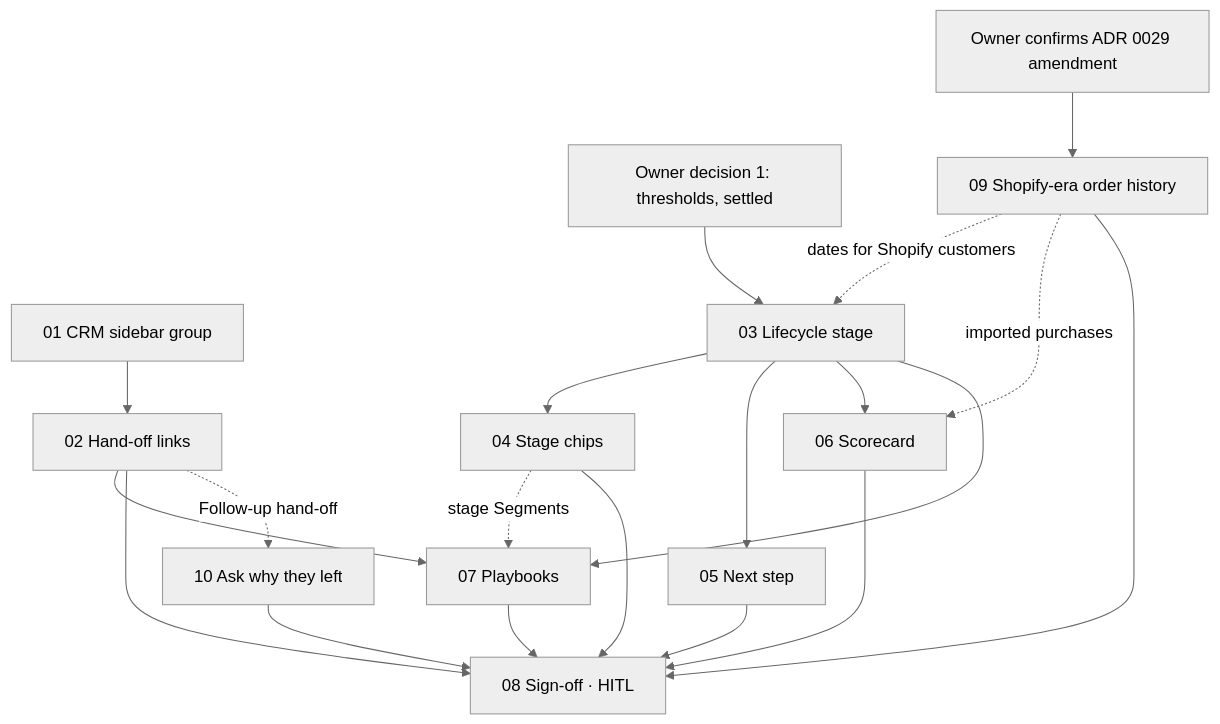
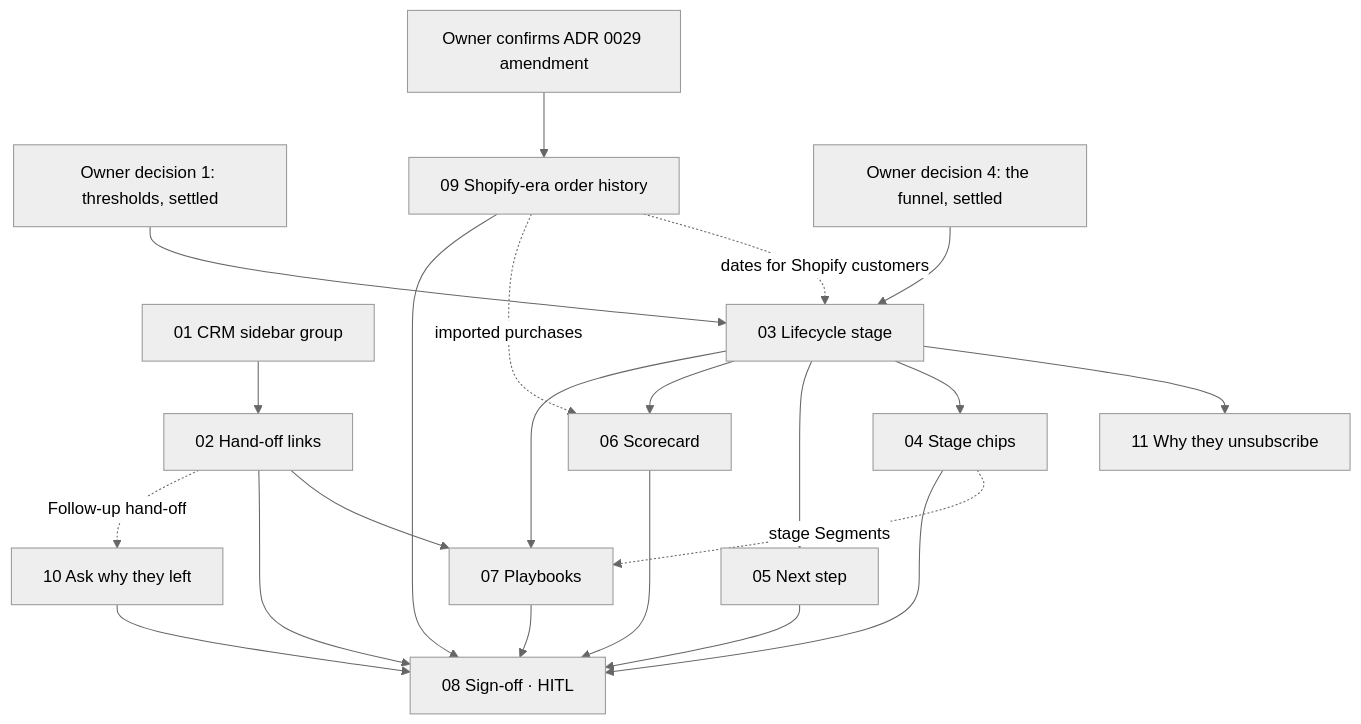
The diagram in .claude/PRD-crm-retention-loop/issues/README.md (ivanyeors/mp), drawn with Mermaid (neutral theme) before and after one commit. The commit also changed other lines of this file and 15 other files, not shown here.

````diff
--- a/.claude/PRD-crm-retention-loop/issues/README.md
+++ b/.claude/PRD-crm-retention-loop/issues/README.md
@@ -30,35 +31,39 @@
 ```mermaid
 graph TD
   s01[01 CRM sidebar group]
   s02[02 Hand-off links]
   d12[Owner decision 1: thresholds, settled]
   d29[Owner confirms ADR 0029 amendment]
   s09[09 Shopify-era order history]
   s10[10 Ask why they left]
+  s11[11 Why they unsubscribe]
+  d4[Owner decision 4: the funnel, settled]
   s03[03 Lifecycle stage]
   s04[04 Stage chips]
   s05[05 Next step]
   s06[06 Scorecard]
   s07[07 Playbooks]
   s08[08 Sign-off · HITL]
 
   s01 --> s02
   d12 --> s03
+  d4 --> s03
+  s03 --> s11
   s03 --> s04
   s03 --> s05
   s03 --> s06
   s02 --> s07
   s03 --> s07
   s04 -. stage Segments .-> s07
   s02 --> s08
   s04 --> s08
   s05 --> s08
   s06 --> s08
   s07 --> s08
   d29 --> s09
   s09 -. dates for Shopify customers .-> s03
   s09 -. imported purchases .-> s06
   s02 -. Follow-up hand-off .-> s10
   s09 --> s08
   s10 --> s08
 ```
````
